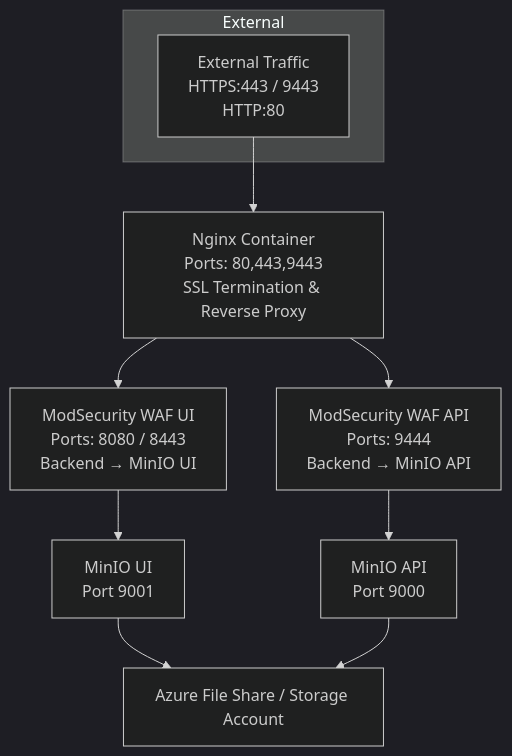
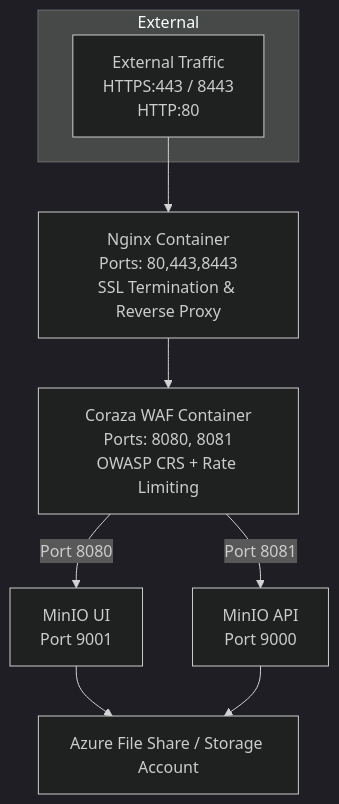
One commit to meshcloud/minio_azure_container_app changed the diagram in README.md. Above: the diagram before and after it, drawn with Mermaid (dark theme). The commit also changed other lines of this file, not shown here.

````diff
--- a/README.md
+++ b/README.md
@@ -9,17 +9,16 @@
 ```mermaid
 flowchart TD
     subgraph External
-        A[External Traffic<br>HTTPS:443 / 9443<br>HTTP:80]
+        A[External Traffic<br>HTTPS:443 / 8443<br>HTTP:80]
     end
 
-    A --> B[Nginx Container<br>Ports: 80,443,9443<br>SSL Termination & Reverse Proxy]
+    A --> B[Nginx Container<br>Ports: 80,443,8443<br>SSL Termination & Reverse Proxy]
 
-    B --> C[ModSecurity WAF UI<br>Ports: 8080 / 8443<br>Backend → MinIO UI]
-    B --> D[ModSecurity WAF API<br>Ports: 9444<br>Backend → MinIO API]
+    B --> C[Coraza WAF Container<br>Ports: 8080, 8081<br>OWASP CRS + Rate Limiting]
 
-    C --> E[MinIO UI<br>Port 9001]
-    D --> F[MinIO API<br>Port 9000]
+    C -->|Port 8080| E[MinIO UI<br>Port 9001]
+    C -->|Port 8081| F[MinIO API<br>Port 9000]
 
     E --> G[Azure File Share / Storage Account]
     F --> G
 ```
````
